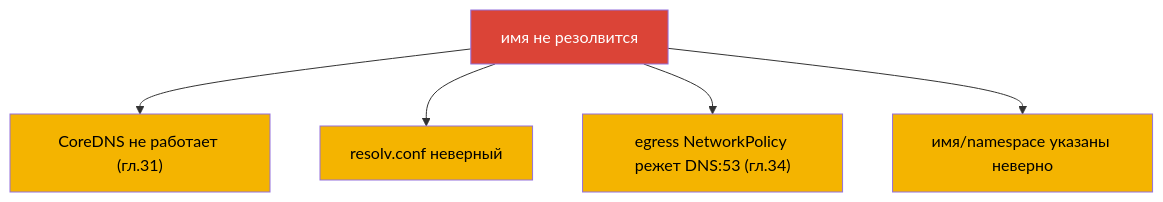
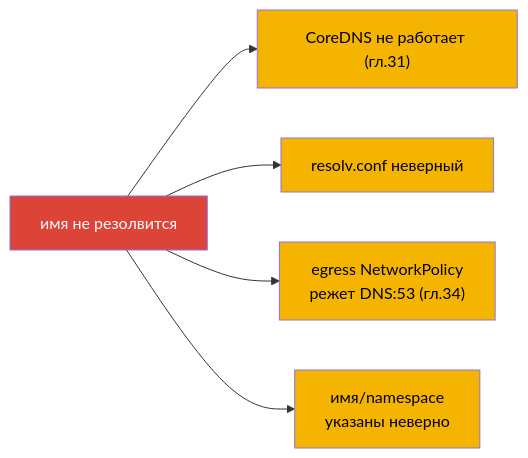
One commit to ViktorUJ/cks changed the third of 7 diagrams in tasks/cka/course/46/ru.md. Above: the diagram before and after it, drawn with Mermaid. The commit also changed other lines of this file and 30 other files, not shown here.

````diff
--- a/tasks/cka/course/46/ru.md
+++ b/tasks/cka/course/46/ru.md
@@ -74,12 +74,12 @@
 ```mermaid
-flowchart TB
+flowchart LR
     dns["имя не резолвится"] --> c1["CoreDNS не работает (гл.31)"]
     dns --> c2["resolv.conf неверный"]
-    dns --> c3["egress NetworkPolicy режет DNS:53 (гл.34)"]
-    dns --> c4["имя/namespace указаны неверно"]
+    dns --> c3["egress NetworkPolicy<br>режет DNS:53 (гл.34)"]
+    dns --> c4["имя/namespace<br>указаны неверно"]
     style dns fill:#db4437,color:#fff
     style c1 fill:#f4b400,color:#000
     style c2 fill:#f4b400,color:#000
     style c3 fill:#f4b400,color:#000
     style c4 fill:#f4b400,color:#000
 ```
````
